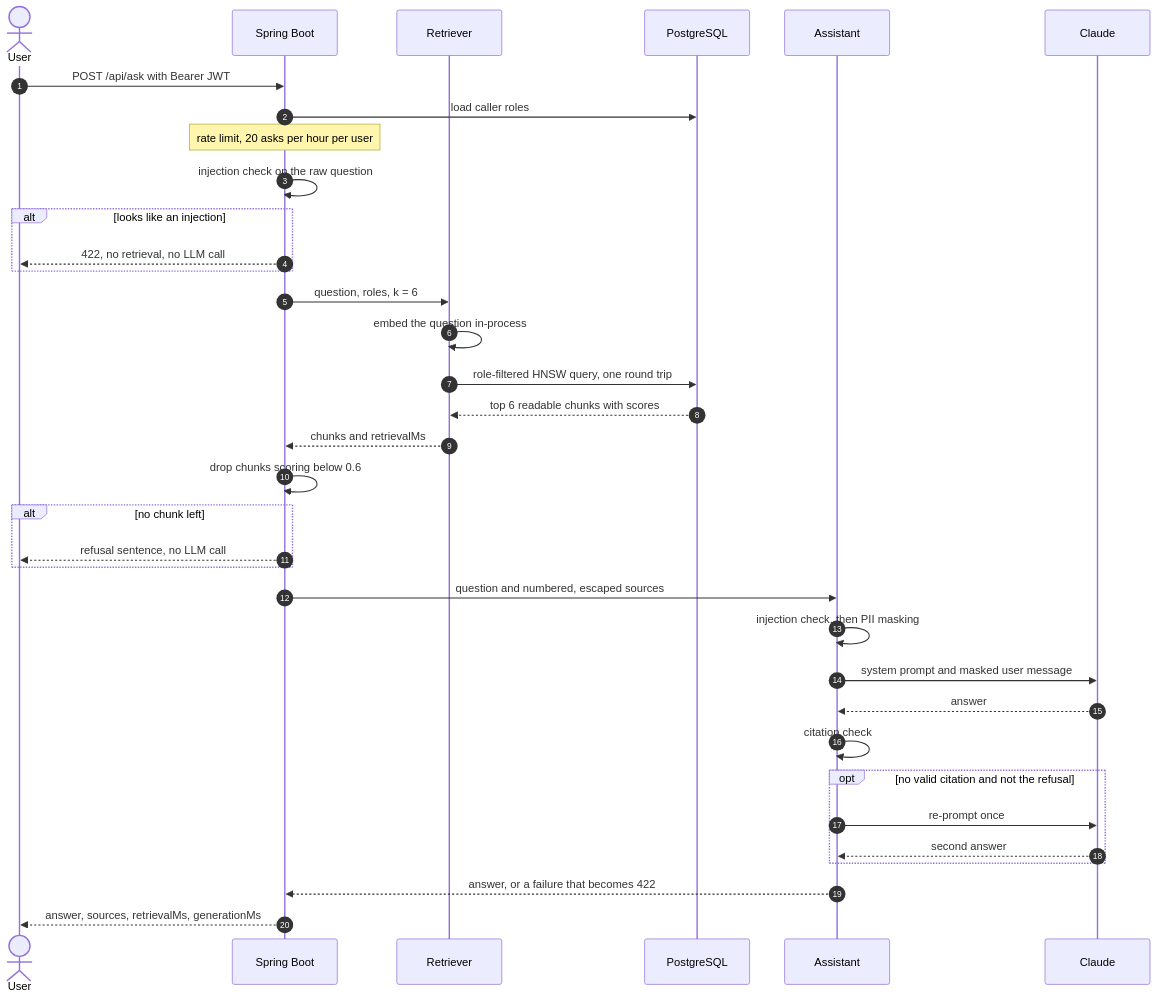
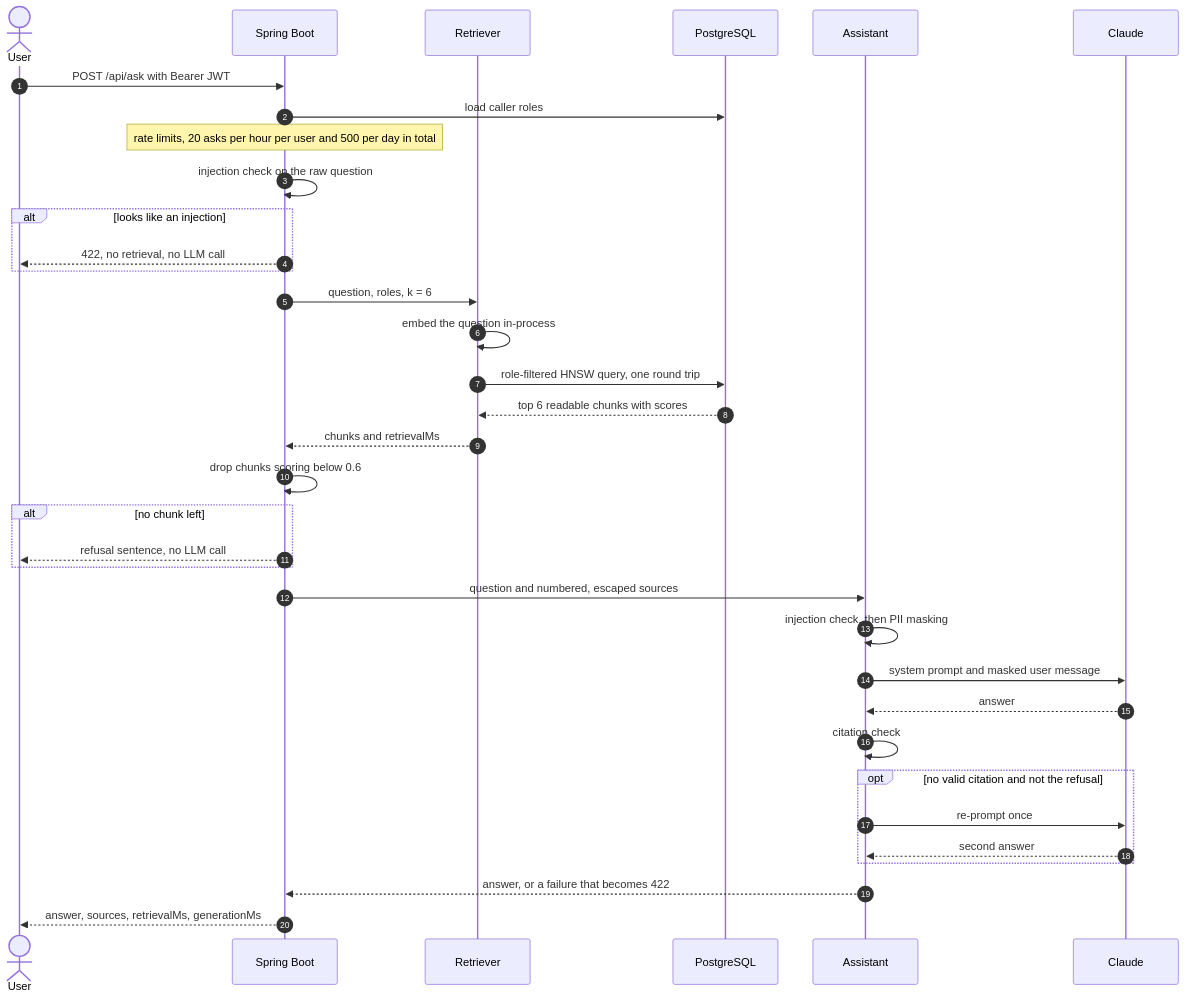
One commit to harshpahurkar/enterprise-rag-platform changed the second of 2 diagrams in README.md. Above: the diagram before and after it, drawn with Mermaid. The commit also changed other lines of this file and 4 other files, not shown here.

````diff
--- a/README.md
+++ b/README.md
@@ -148,37 +154,37 @@
 ```mermaid
 sequenceDiagram
     autonumber
     actor U as User
     participant API as Spring Boot
     participant R as Retriever
     participant PG as PostgreSQL
     participant A as Assistant
     participant C as Claude
     U->>API: POST /api/ask with Bearer JWT
     API->>PG: load caller roles
-    Note over API: rate limit, 20 asks per hour per user
+    Note over API: rate limits, 20 asks per hour per user and 500 per day in total
     API->>API: injection check on the raw question
     alt looks like an injection
         API-->>U: 422, no retrieval, no LLM call
     end
     API->>R: question, roles, k = 6
     R->>R: embed the question in-process
     R->>PG: role-filtered HNSW query, one round trip
     PG-->>R: top 6 readable chunks with scores
     R-->>API: chunks and retrievalMs
     API->>API: drop chunks scoring below 0.6
     alt no chunk left
         API-->>U: refusal sentence, no LLM call
     end
     API->>A: question and numbered, escaped sources
     A->>A: injection check, then PII masking
     A->>C: system prompt and masked user message
     C-->>A: answer
     A->>A: citation check
     opt no valid citation and not the refusal
         A->>C: re-prompt once
         C-->>A: second answer
     end
     A-->>API: answer, or a failure that becomes 422
     API-->>U: answer, sources, retrievalMs, generationMs
 ```
````
